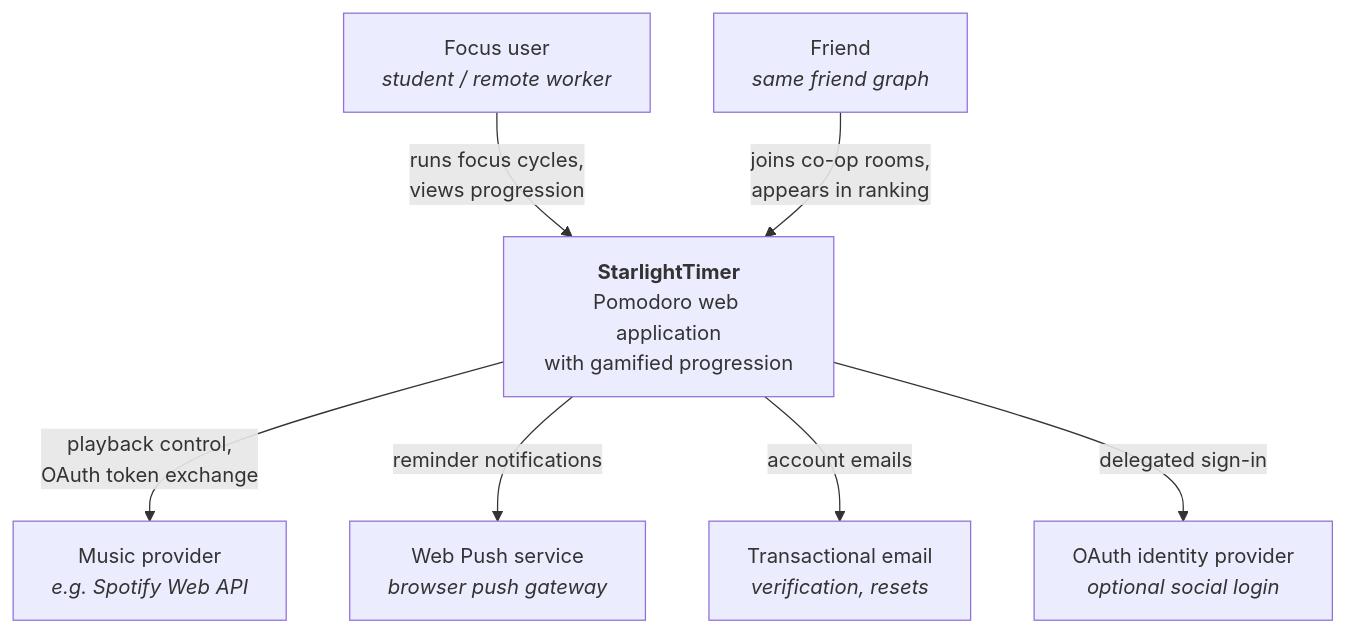
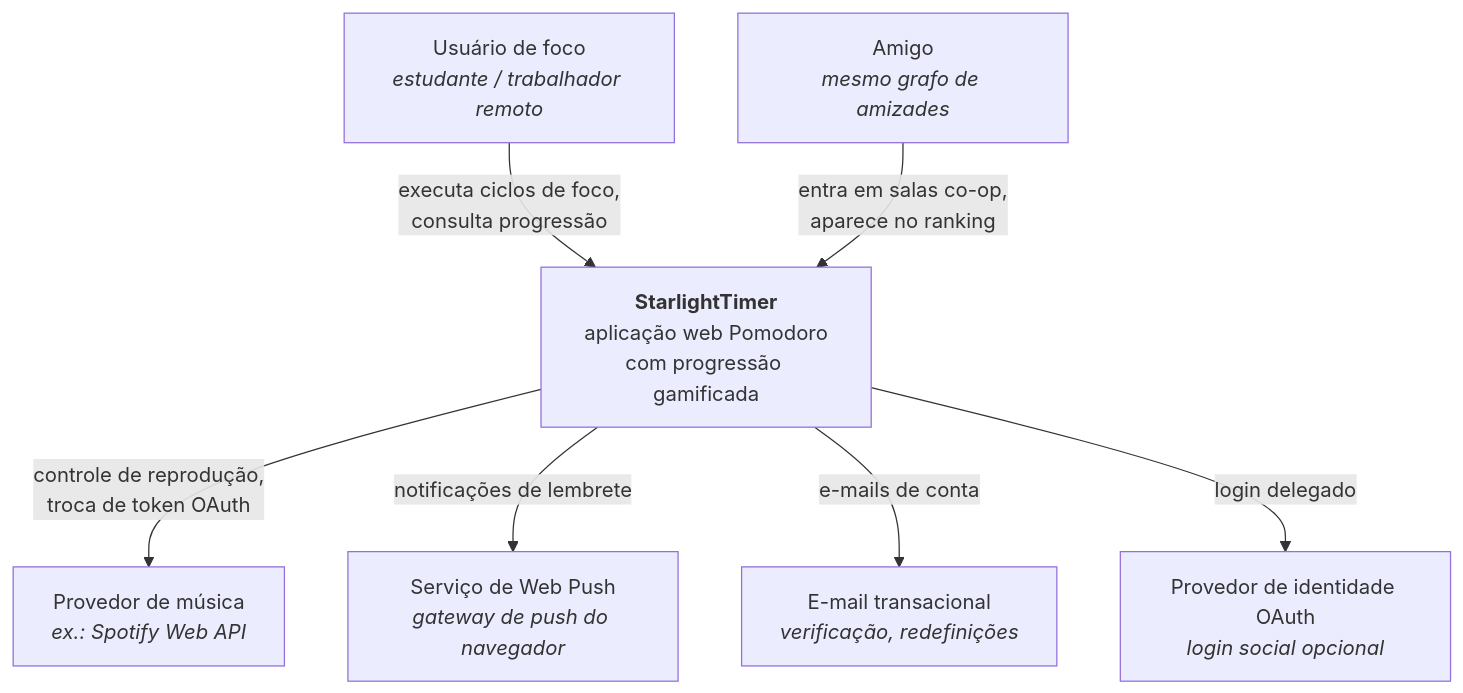
One commit to muliroZ/StarlightTimer changed the first of 5 diagrams in docs/02-architecture.md. Above: the diagram before and after it, drawn with Mermaid. The commit also changed other lines of this file and 6 other files, not shown here.

````diff
--- a/docs/02-architecture.md
+++ b/docs/02-architecture.md
@@ -20,19 +20,19 @@
 ```mermaid
 graph TB
-    User["Focus user<br/><i>student / remote worker</i>"]
-    Friend["Friend<br/><i>same friend graph</i>"]
+    User["Usuário de foco<br/><i>estudante / trabalhador remoto</i>"]
+    Friend["Amigo<br/><i>mesmo grafo de amizades</i>"]
 
-    SLT["<b>StarlightTimer</b><br/>Pomodoro web application<br/>with gamified progression"]
+    SLT["<b>StarlightTimer</b><br/>aplicação web Pomodoro<br/>com progressão gamificada"]
 
-    Music["Music provider<br/><i>e.g. Spotify Web API</i>"]
-    Push["Web Push service<br/><i>browser push gateway</i>"]
-    Mail["Transactional email<br/><i>verification, resets</i>"]
-    IdP["OAuth identity provider<br/><i>optional social login</i>"]
+    Music["Provedor de música<br/><i>ex.: Spotify Web API</i>"]
+    Push["Serviço de Web Push<br/><i>gateway de push do navegador</i>"]
+    Mail["E-mail transacional<br/><i>verificação, redefinições</i>"]
+    IdP["Provedor de identidade OAuth<br/><i>login social opcional</i>"]
 
-    User -->|"runs focus cycles,<br/>views progression"| SLT
-    Friend -->|"joins co-op rooms,<br/>appears in ranking"| SLT
-    SLT -->|"playback control,<br/>OAuth token exchange"| Music
-    SLT -->|"reminder notifications"| Push
-    SLT -->|"account emails"| Mail
-    SLT -->|"delegated sign-in"| IdP
+    User -->|"executa ciclos de foco,<br/>consulta progressão"| SLT
+    Friend -->|"entra em salas co-op,<br/>aparece no ranking"| SLT
+    SLT -->|"controle de reprodução,<br/>troca de token OAuth"| Music
+    SLT -->|"notificações de lembrete"| Push
+    SLT -->|"e-mails de conta"| Mail
+    SLT -->|"login delegado"| IdP
 ```
````
